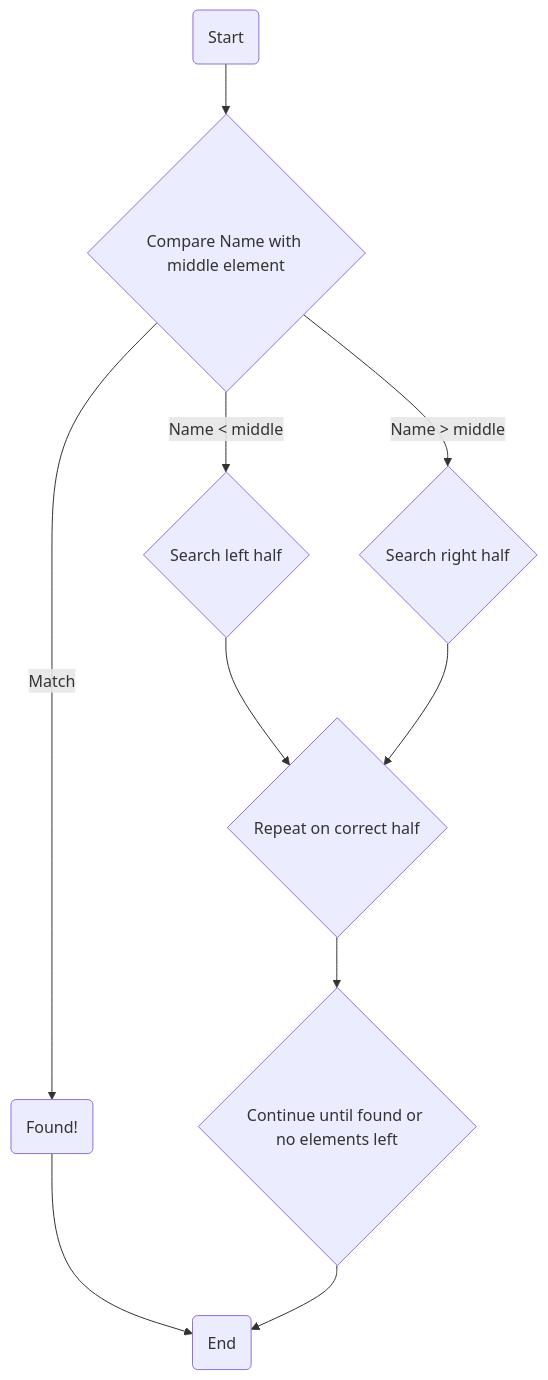
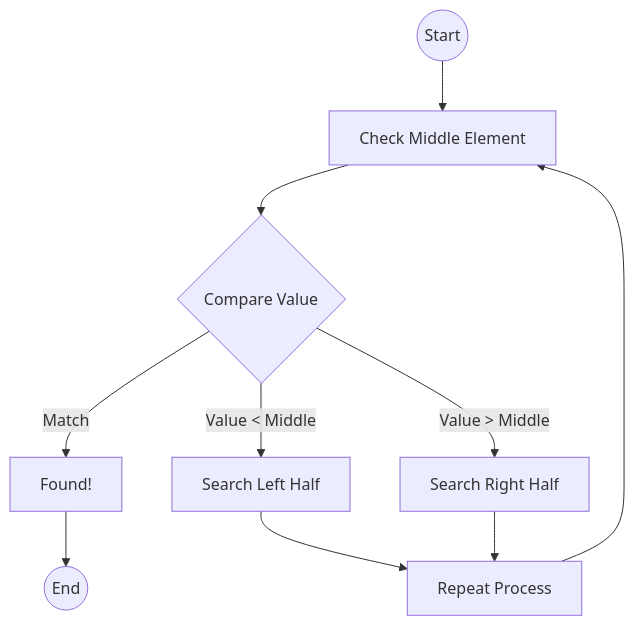
Diagram 13 of 17 in Chapter 1 - Introduction and Overview /README.md (M-F-Tushar/CSE-2101-Data-Structure), drawn with Mermaid before and after one commit. The commit also changed other lines of this file, not shown here.

````diff
--- a/Chapter 1 - Introduction and Overview /README.md
+++ b/Chapter 1 - Introduction and Overview /README.md
@@ -1100,12 +1144,15 @@
 ```mermaid
-graph TD;
-    A(Start) --> B{Compare Name with middle element};
-    B -- Match --> C(Found!);
-    B -- Name < middle --> D{Search left half};
-    B -- Name > middle --> E{Search right half};
-    D --> F{Repeat on correct half};
-    E --> F;
-    F --> G{Continue until found or no elements left};
-    C --> H(End);
-    G --> H(End);
+flowchart TD
+    Start((Start)) --> Mid[Check Middle Element]
+    Mid --> Compare{Compare Value}
+    
+    Compare -- "Match" --> Found[Found!]
+    Compare -- "Value < Middle" --> Left[Search Left Half]
+    Compare -- "Value > Middle" --> Right[Search Right Half]
+    
+    Left --> Repeat[Repeat Process]
+    Right --> Repeat
+    Repeat --> Mid
+    
+    Found --> End((End))
 ```
````
